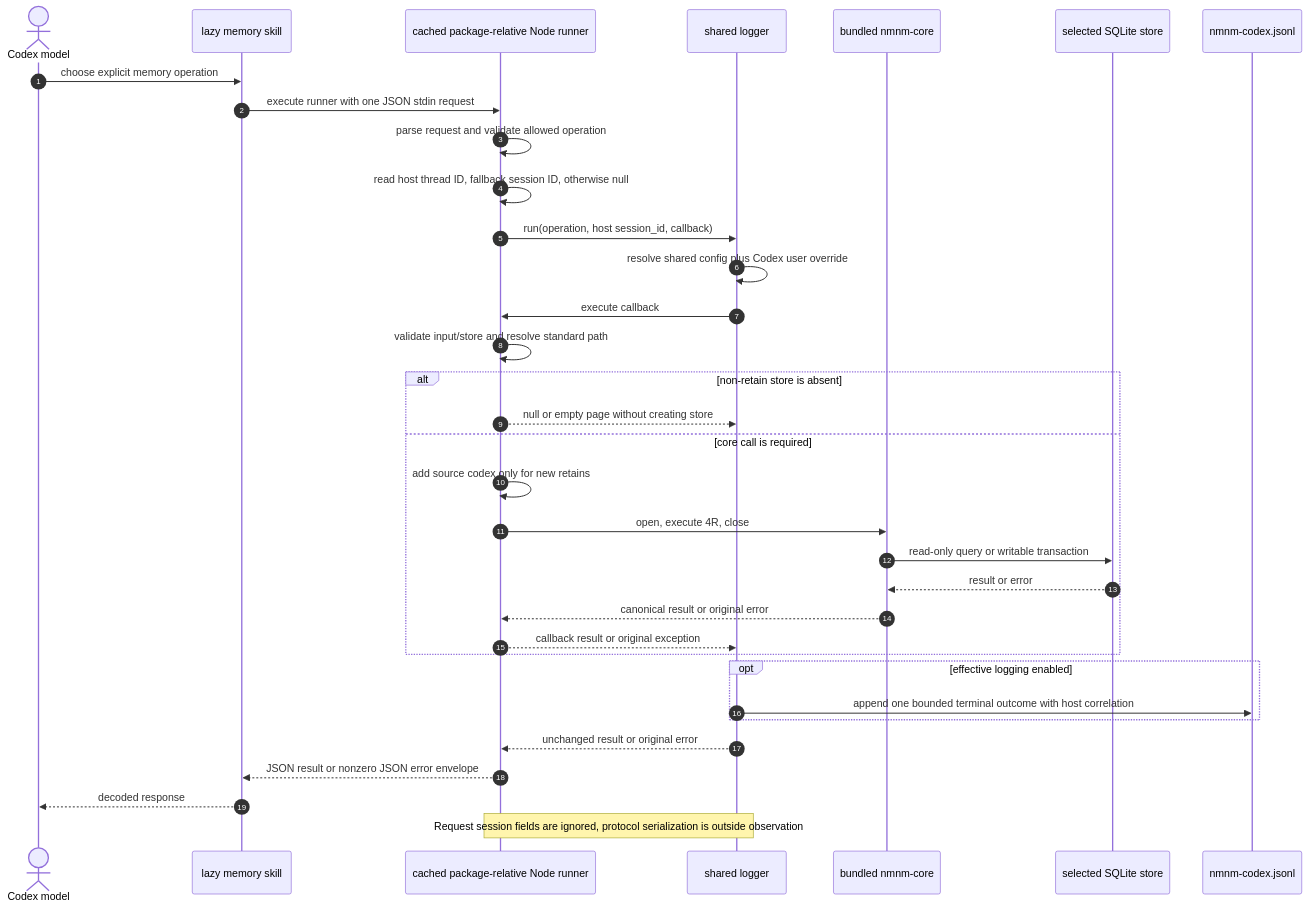
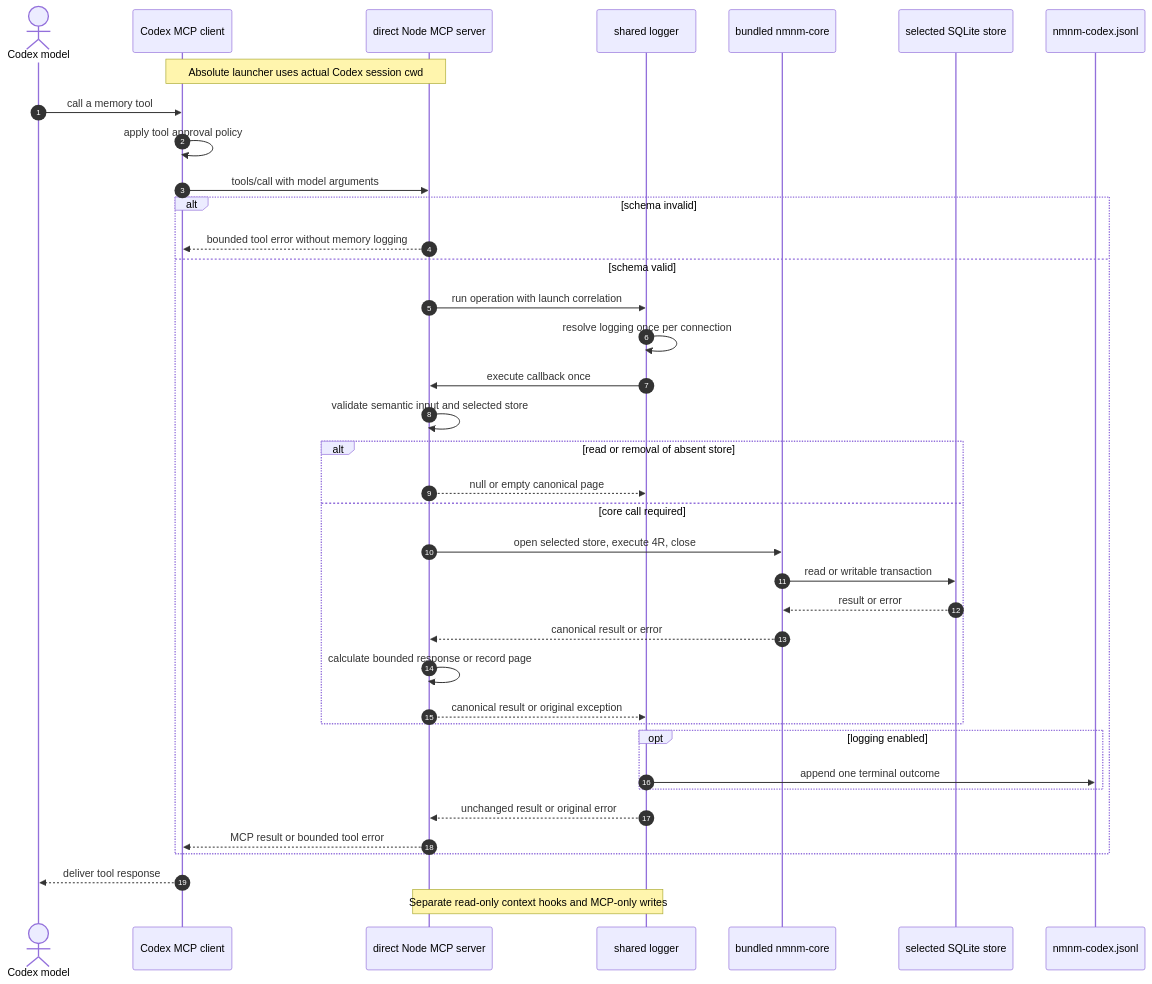
The seventh of 7 diagrams in docs/SEQUENCE_MEMORY_HANDLING.md (linellazatin/nanomneme), drawn with Mermaid before and after one commit. The commit also changed other lines of this file and 5 other files, not shown here.

````diff
--- a/docs/SEQUENCE_MEMORY_HANDLING.md
+++ b/docs/SEQUENCE_MEMORY_HANDLING.md
@@ -350,37 +350,40 @@
 ```mermaid
 sequenceDiagram
   autonumber
   actor Model as Codex model
-  participant Skill as lazy memory skill
-  participant Runner as cached package-relative Node runner
+  participant Host as Codex MCP client
+  participant Server as direct Node MCP server
   participant Logger as shared logger
   participant Core as bundled nmnm-core
   participant DB as selected SQLite store
   participant Log as nmnm-codex.jsonl
-
-  Model->>Skill: choose explicit memory operation
-  Skill->>Runner: execute runner with one JSON stdin request
-  Runner->>Runner: parse request and validate allowed operation
-  Runner->>Runner: read host thread ID, fallback session ID, otherwise null
-  Runner->>Logger: run(operation, host session_id, callback)
-  Logger->>Logger: resolve shared config plus Codex user override
-  Logger->>Runner: execute callback
-  Runner->>Runner: validate input/store and resolve standard path
-  alt non-retain store is absent
-    Runner-->>Logger: null or empty page without creating store
-  else core call is required
-    Runner->>Runner: add source codex only for new retains
-    Runner->>Core: open, execute 4R, close
-    Core->>DB: read-only query or writable transaction
-    DB-->>Core: result or error
-    Core-->>Runner: canonical result or original error
-    Runner-->>Logger: callback result or original exception
+  Note over Host,Server: Absolute launcher uses actual Codex session cwd
+  Model->>Host: call a memory tool
+  Host->>Host: apply tool approval policy
+  Host->>Server: tools/call with model arguments
+  alt schema invalid
+    Server-->>Host: bounded tool error without memory logging
+  else schema valid
+    Server->>Logger: run operation with launch correlation
+    Logger->>Logger: resolve logging once per connection
+    Logger->>Server: execute callback once
+    Server->>Server: validate semantic input and selected store
+    alt read or removal of absent store
+      Server-->>Logger: null or empty canonical page
+    else core call required
+      Server->>Core: open selected store, execute 4R, close
+      Core->>DB: read or writable transaction
+      DB-->>Core: result or error
+      Core-->>Server: canonical result or error
+      Server->>Server: calculate bounded response or record page
+      Server-->>Logger: canonical result or original exception
+    end
+    opt logging enabled
+      Logger->>Log: append one terminal outcome
+    end
+    Logger-->>Server: unchanged result or original error
+    Server-->>Host: MCP result or bounded tool error
   end
-  opt effective logging enabled
-    Logger->>Log: append one bounded terminal outcome with host correlation
-  end
-  Logger-->>Runner: unchanged result or original error
-  Runner-->>Skill: JSON result or nonzero JSON error envelope
-  Skill-->>Model: decoded response
-  Note over Runner,Logger: Request session fields are ignored, protocol serialization is outside observation
+  Host-->>Model: deliver tool response
+  Note over Server,Logger: Separate read-only context hooks and MCP-only writes
 ```
````
